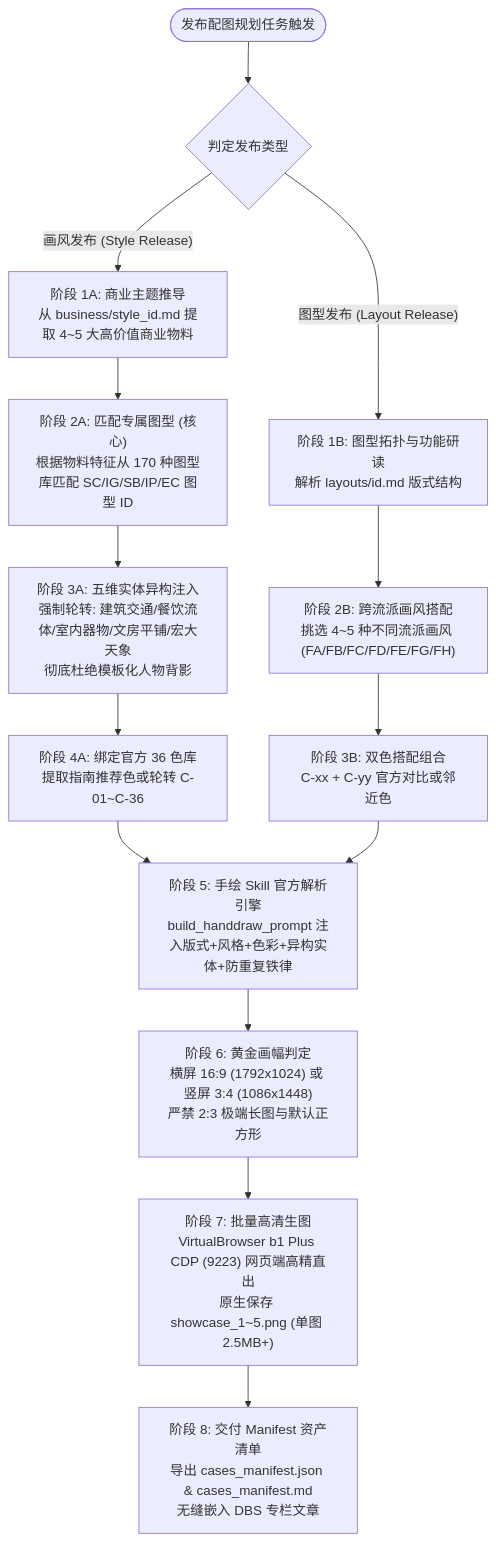
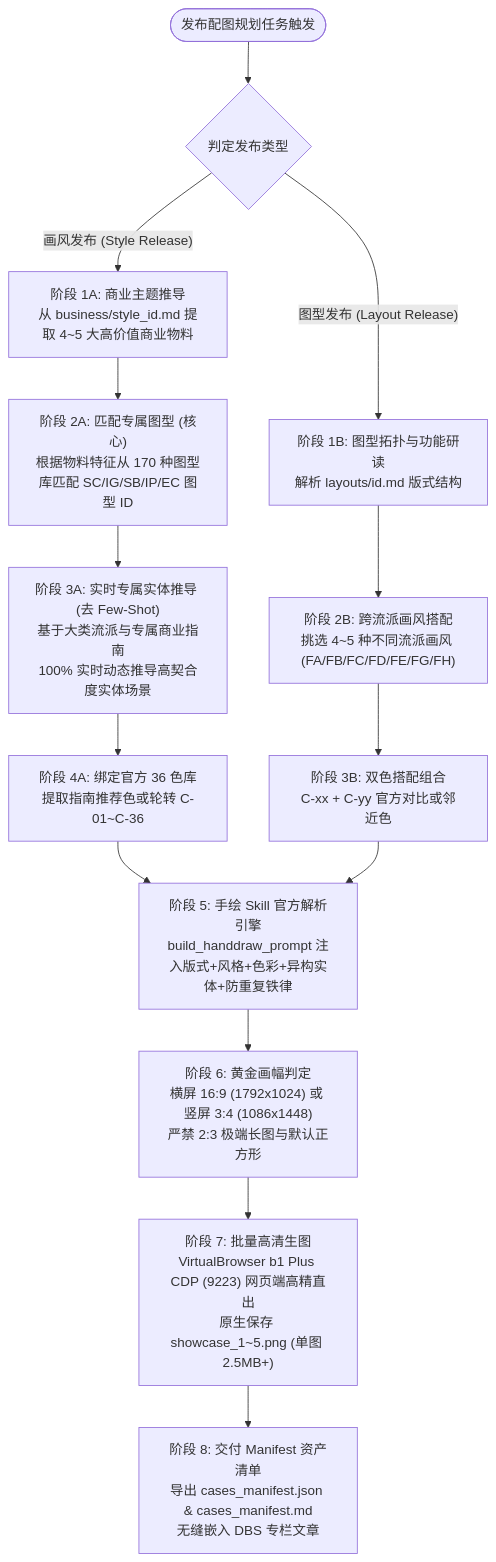
Before and after one commit to hanzhenlin/tidex-awesome-skills: the diagram in skills/handraw-style/skills/release-illustration-planner/SKILL.md, drawn with Mermaid. The commit also changed other lines of this file and 54 other files, not shown here.

````diff
--- a/skills/handraw-style/skills/release-illustration-planner/SKILL.md
+++ b/skills/handraw-style/skills/release-illustration-planner/SKILL.md
@@ -54,22 +54,22 @@
 ```mermaid
 flowchart TD
     Start([发布配图规划任务触发]) --> ModeCheck{判定发布类型}
 
     ModeCheck -- "画风发布 (Style Release)" --> S1[阶段 1A: 商业主题推导<br/>从 business/style_id.md 提取 4~5 大高价值商业物料]
     S1 --> S2["阶段 2A: 匹配专属图型 (核心)<br/>根据物料特征从 170 种图型库匹配 SC/IG/SB/IP/EC 图型 ID"]
-    S2 --> S3["阶段 3A: 五维实体异构注入<br/>强制轮转: 建筑交通/餐饮流体/室内器物/文房平铺/宏大天象<br/>彻底杜绝模板化人物背影"]
+    S2 --> S3["阶段 3A: 实时专属实体推导 (去 Few-Shot)<br/>基于大类流派与专属商业指南<br/>100% 实时动态推导高契合度实体场景"]
     S3 --> S4[阶段 4A: 绑定官方 36 色库<br/>提取指南推荐色或轮转 C-01~C-36]
 
     ModeCheck -- "图型发布 (Layout Release)" --> L1[阶段 1B: 图型拓扑与功能研读<br/>解析 layouts/id.md 版式结构]
     L1 --> L2["阶段 2B: 跨流派画风搭配<br/>挑选 4~5 种不同流派画风 (FA/FB/FC/FD/FE/FG/FH)"]
     L2 --> L3[阶段 3B: 双色搭配组合<br/>C-xx + C-yy 官方对比或邻近色]
 
     S4 --> Prompter["阶段 5: 手绘 Skill 官方解析引擎<br/>build_handdraw_prompt 注入版式+风格+色彩+异构实体+防重复铁律"]
     L3 --> Prompter
 
     Prompter --> SizeEngine["阶段 6: 黄金画幅判定<br/>横屏 16:9 (1792x1024) 或 竖屏 3:4 (1086x1448)<br/>严禁 2:3 极端长图与默认正方形"]
 
     SizeEngine --> Generator["阶段 7: 批量高清生图<br/>VirtualBrowser b1 Plus CDP (9223) 网页端高精直出<br/>原生保存 showcase_1~5.png (单图 2.5MB+)"]
 
     Generator --> Manifest["阶段 8: 交付 Manifest 资产清单<br/>导出 cases_manifest.json & cases_manifest.md<br/>无缝嵌入 DBS 专栏文章"]
 ```
````
